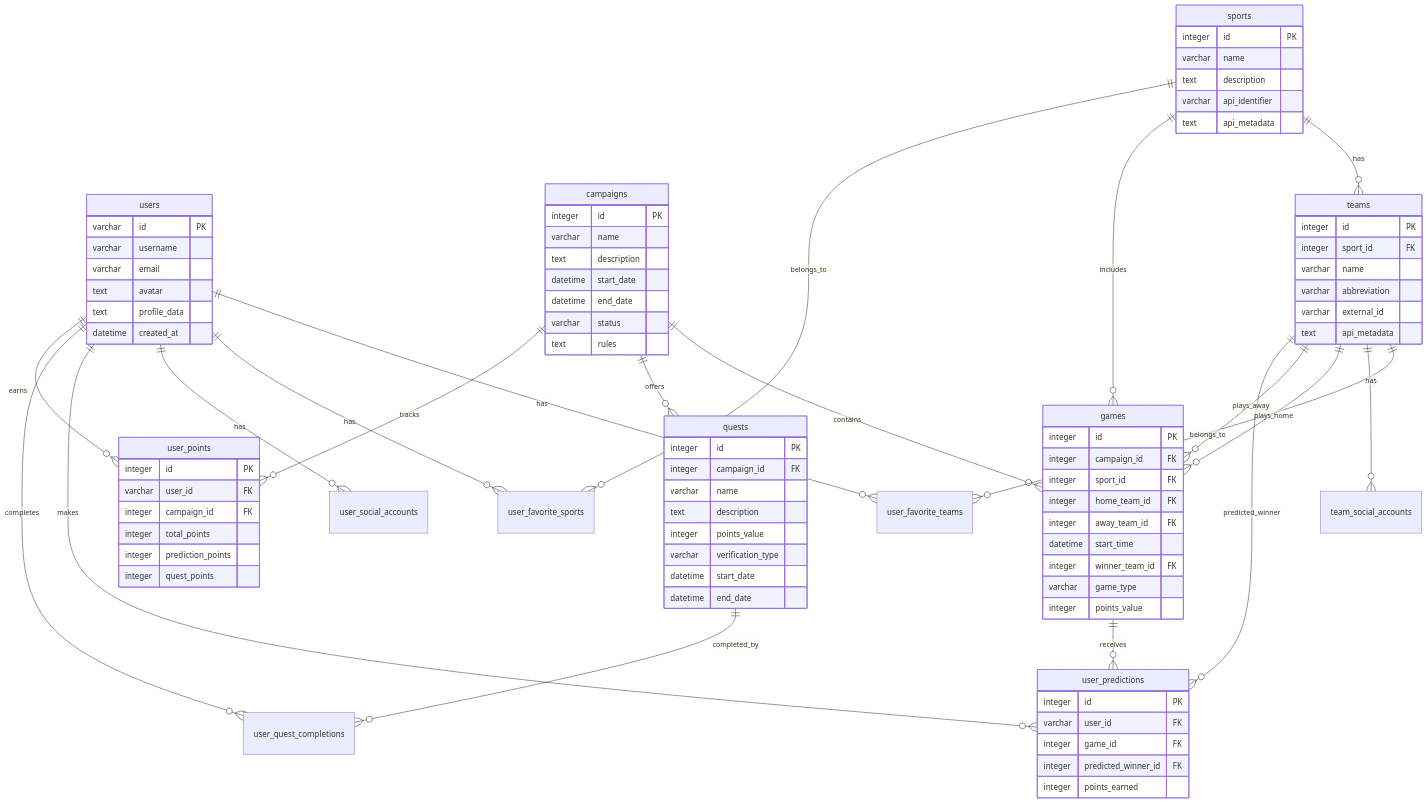
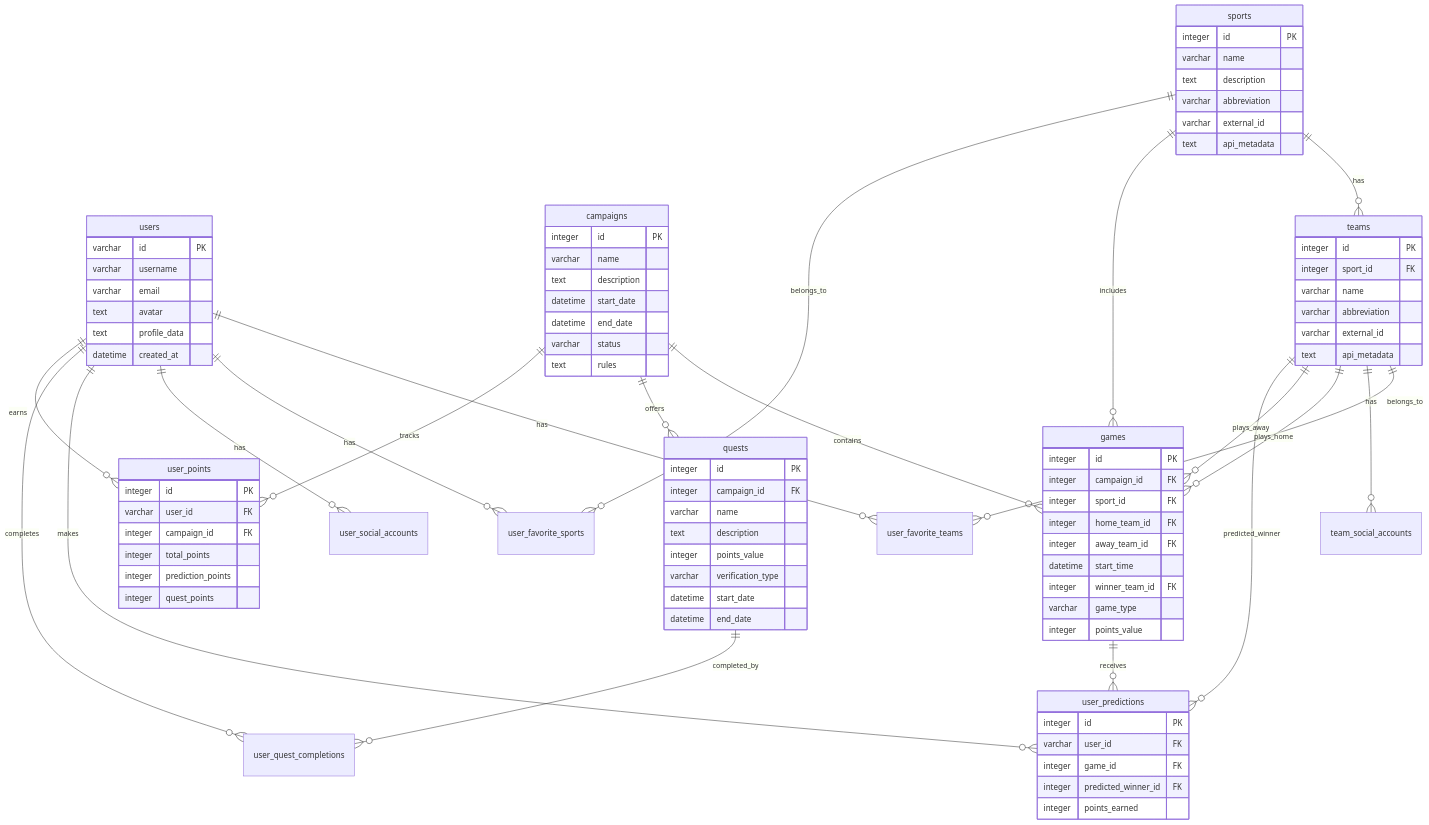
Before and after one commit to elliotBraem/seahorse-sports-app: the diagram in README.md, drawn with Mermaid. The commit also changed 12 other files, not shown here.

```diff
--- a/README.md
+++ b/README.md
@@ -73,7 +73,8 @@
         integer id PK
         varchar name
         text description
-        varchar api_identifier
+        varchar abbreviation
+        varchar external_id
         text api_metadata
     }
 
```
